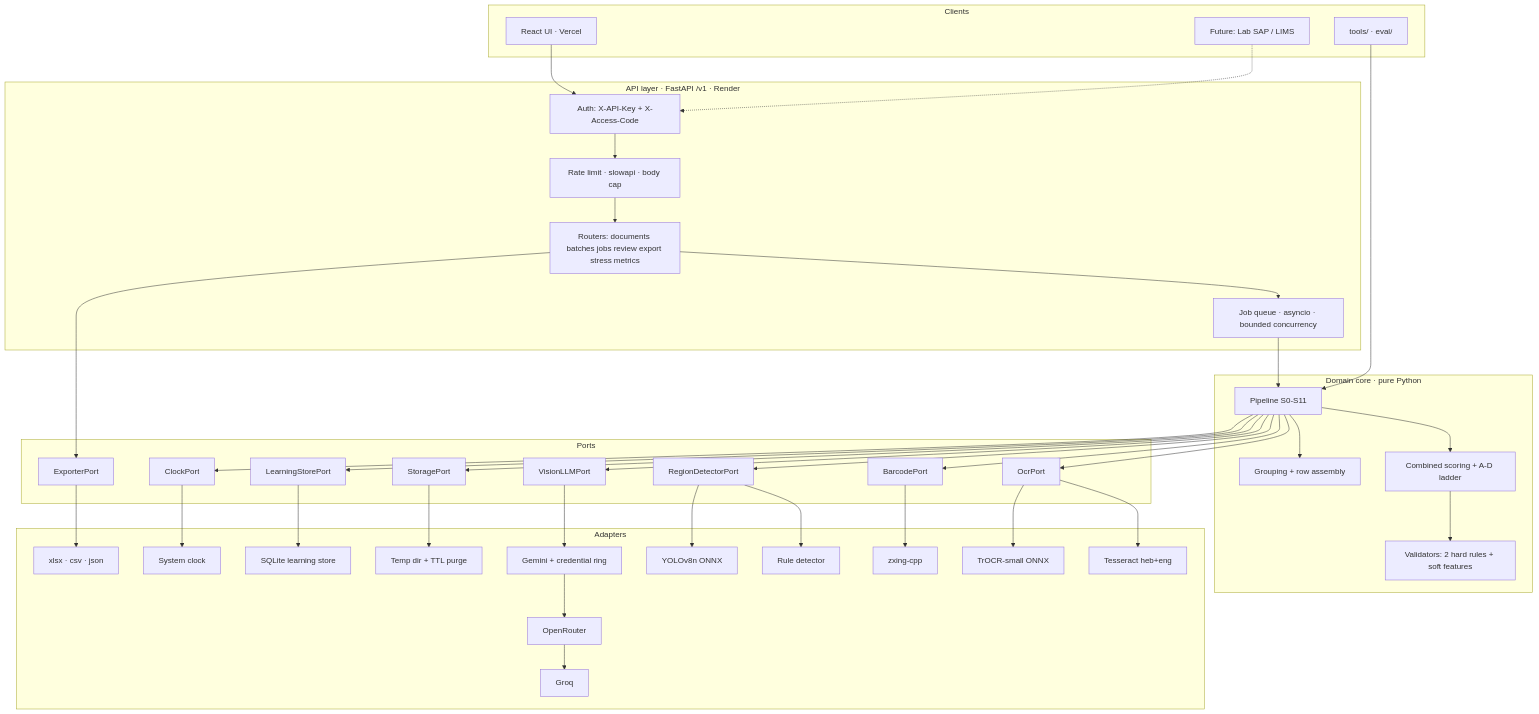
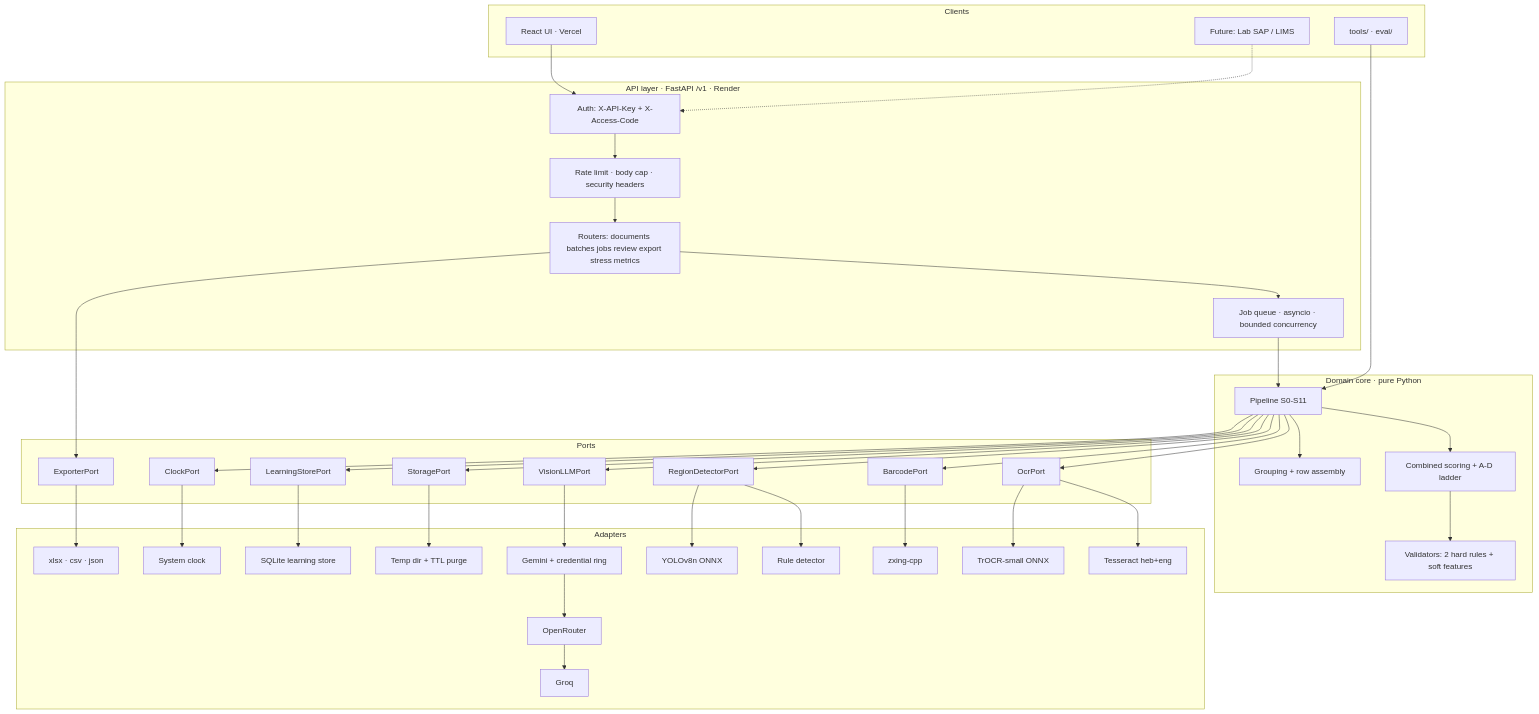
The first of 4 diagrams in docs/ARCHITECTURE.md (ShiraDeveloper/ViroEngine), drawn with Mermaid before and after one commit. The commit also changed 34 other files, not shown here.

````diff
--- a/docs/ARCHITECTURE.md
+++ b/docs/ARCHITECTURE.md
@@ -34,48 +34,48 @@
 ```mermaid
 flowchart TB
     subgraph CL["Clients"]
         UI["React UI · Vercel"]
         LAB["Future: Lab SAP / LIMS"]
         CLI["tools/ · eval/"]
     end
     subgraph AP["API layer · FastAPI /v1 · Render"]
         AUTH["Auth: X-API-Key + X-Access-Code"]
-        RL["Rate limit · slowapi · body cap"]
+        RL["Rate limit · body cap · security headers"]
         RT["Routers: documents batches jobs review export stress metrics"]
         Q["Job queue · asyncio · bounded concurrency"]
     end
     subgraph CORE["Domain core · pure Python"]
         PIPE["Pipeline S0-S11"]
         SCORE["Combined scoring + A-D ladder"]
         VAL["Validators: 2 hard rules + soft features"]
         ROWS["Grouping + row assembly"]
     end
     subgraph P["Ports"]
         P1["OcrPort"]; P2["BarcodePort"]; P3["RegionDetectorPort"]; P4["VisionLLMPort"]
         P5["StoragePort"]; P6["ExporterPort"]; P7["LearningStorePort"]; P8["ClockPort"]
     end
     subgraph AD["Adapters"]
         A1["Tesseract heb+eng"]; A1b["TrOCR-small ONNX"]
         A2["zxing-cpp"]
         A3["Rule detector"]; A3b["YOLOv8n ONNX"]
         A4["Gemini + credential ring"]; A4b["OpenRouter"]; A4c["Groq"]
         A5["Temp dir + TTL purge"]; A6["xlsx · csv · json"]
         A7["SQLite learning store"]; A8["System clock"]
     end
     UI --> AUTH
     LAB -.-> AUTH
     CLI --> PIPE
     AUTH --> RL --> RT --> Q --> PIPE
     PIPE --> SCORE --> VAL
     PIPE --> ROWS
     RT --> P6
     PIPE --> P1 & P2 & P3 & P4 & P5 & P7 & P8
     P1 --> A1 & A1b
     P2 --> A2
     P3 --> A3 & A3b
     P4 --> A4 --> A4b --> A4c
     P5 --> A5
     P6 --> A6
     P7 --> A7
     P8 --> A8
 ```
````
